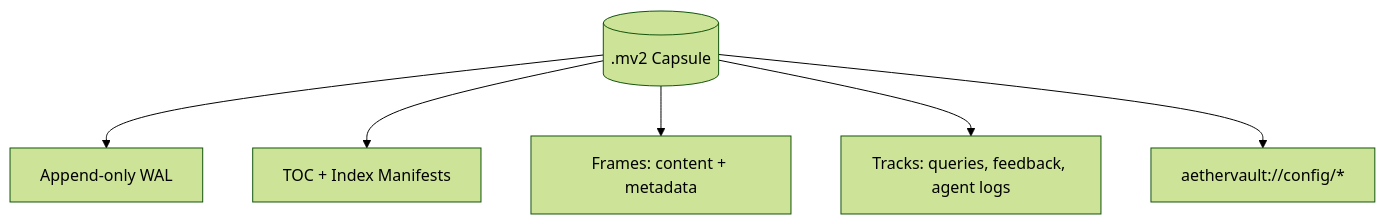
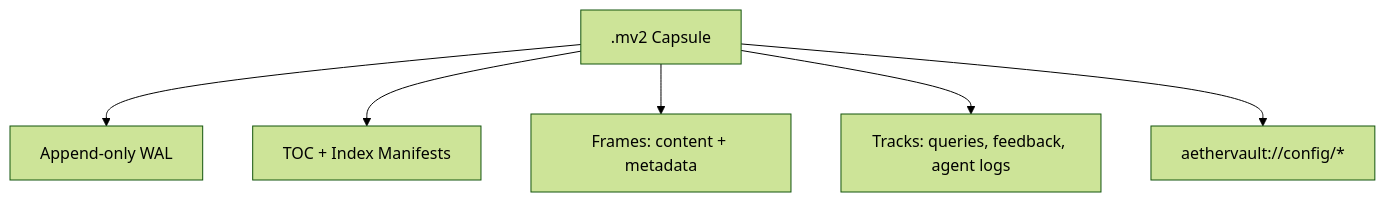
One commit to sunilkgrao/aethervault changed the second of 2 diagrams in README.md. Above: the diagram before and after it, drawn with Mermaid (forest theme). The commit also changed other lines of this file and 6 other files, not shown here.

````diff
--- a/README.md
+++ b/README.md
@@ -30,9 +30,9 @@
 ```mermaid
 flowchart TB
-  CAP[(".mv2 Capsule")];
-  CAP --> WAL["Append-only WAL"];
-  CAP --> TOC["TOC + Index Manifests"];
-  CAP --> FR["Frames: content + metadata"];
-  CAP --> TR["Tracks: queries, feedback, agent logs"];
-  CAP --> CFG["aethervault://config/*"];
+  CAP[.mv2 Capsule]
+  CAP --> WAL[Append-only WAL]
+  CAP --> TOC[TOC + Index Manifests]
+  CAP --> FR[Frames: content + metadata]
+  CAP --> TR[Tracks: queries, feedback, agent logs]
+  CAP --> CFG[aethervault://config/*]
 ```
````
